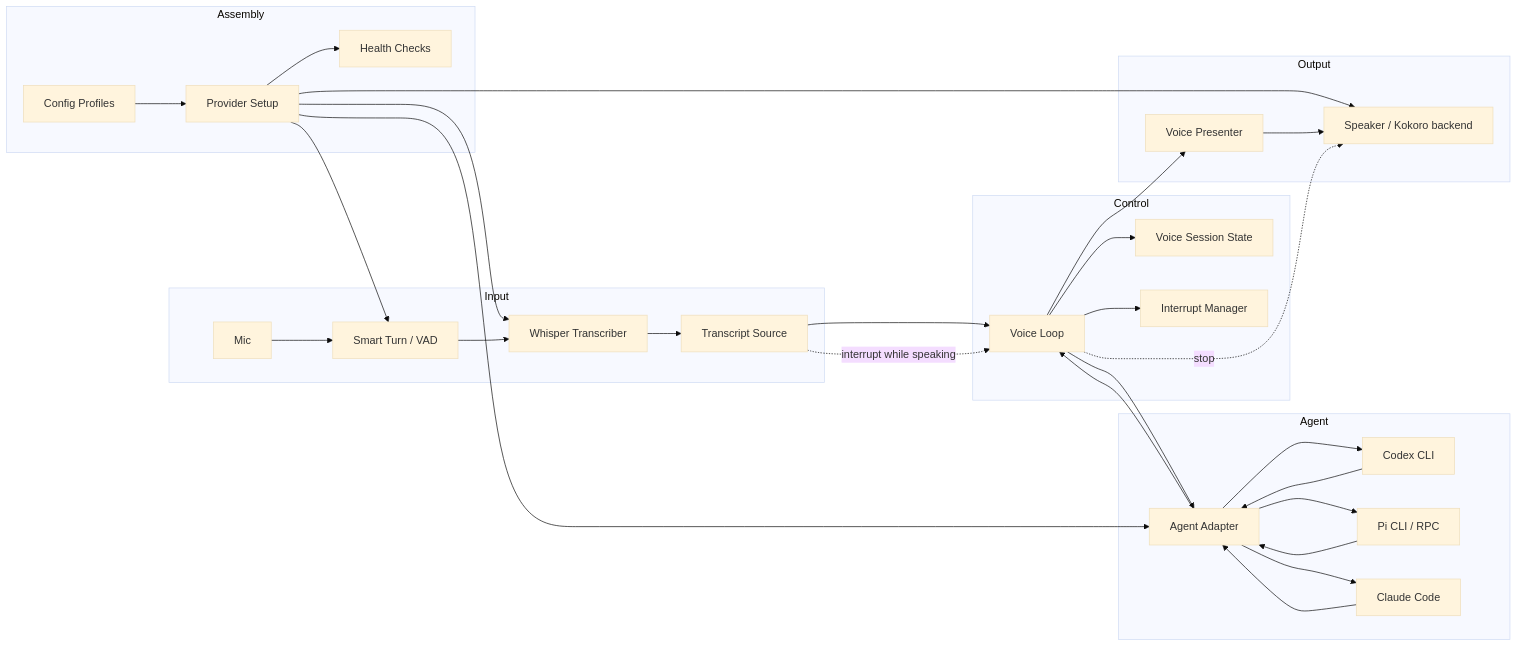
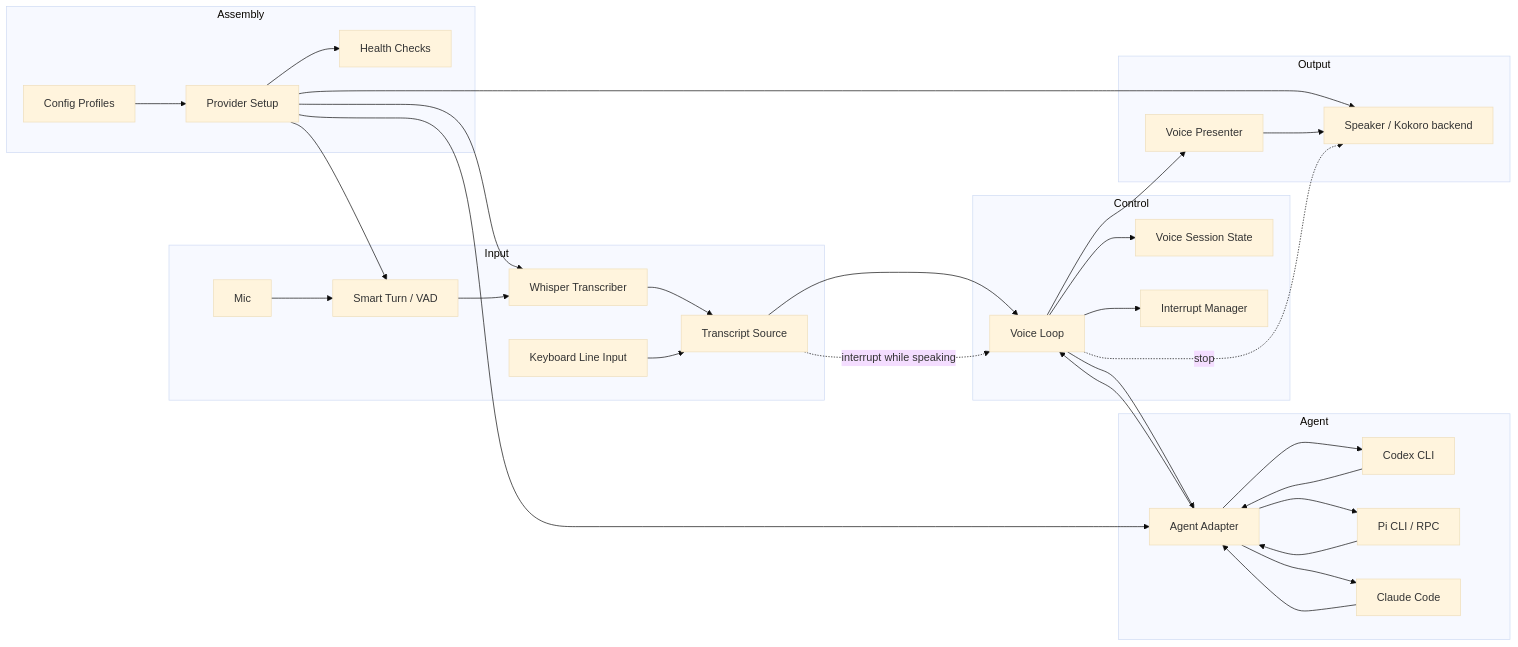
One commit to m1ser4ble/agent-voice changed the first of 4 diagrams in docs/architecture.md. Above: the diagram before and after it, drawn with Mermaid (base theme). The commit also changed other lines of this file and 7 other files, not shown here.

````diff
--- a/docs/architecture.md
+++ b/docs/architecture.md
@@ -14,55 +14,57 @@
 ```mermaid
 flowchart LR
     subgraph Input
         Mic[Mic]
+        Keyboard[Keyboard Line Input]
         TurnDetector[Smart Turn / VAD]
         Transcriber[Whisper Transcriber]
         TranscriptSource[Transcript Source]
     end
 
     subgraph Control
         VoiceLoop[Voice Loop]
         Session[Voice Session State]
         Interrupt[Interrupt Manager]
     end
 
     subgraph Agent
         Adapter[Agent Adapter]
         Codex[Codex CLI]
         Pi[Pi CLI / RPC]
         Claude[Claude Code]
     end
 
     subgraph Output
         Presenter[Voice Presenter]
         Speaker[Speaker / Kokoro backend]
     end
 
     subgraph Assembly
         Config[Config Profiles]
         Setup[Provider Setup]
         Health[Health Checks]
     end
 
     Config --> Setup
     Setup --> TurnDetector
     Setup --> Transcriber
     Setup --> Speaker
     Setup --> Adapter
     Setup --> Health
     Mic --> TurnDetector --> Transcriber --> TranscriptSource
+    Keyboard --> TranscriptSource
     TranscriptSource --> VoiceLoop
     VoiceLoop --> Session
     VoiceLoop --> Interrupt
     VoiceLoop --> Adapter
     Adapter --> Codex
     Adapter --> Pi
     Adapter --> Claude
     Codex --> Adapter
     Pi --> Adapter
     Claude --> Adapter
     Adapter --> VoiceLoop
     VoiceLoop --> Presenter --> Speaker
     TranscriptSource -. interrupt while speaking .-> VoiceLoop
     VoiceLoop -. stop .-> Speaker
 ```
````
